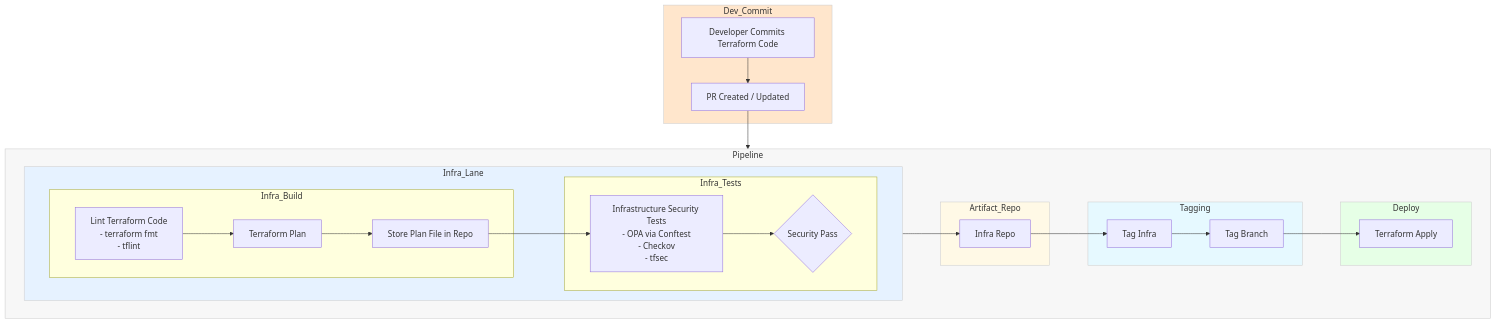
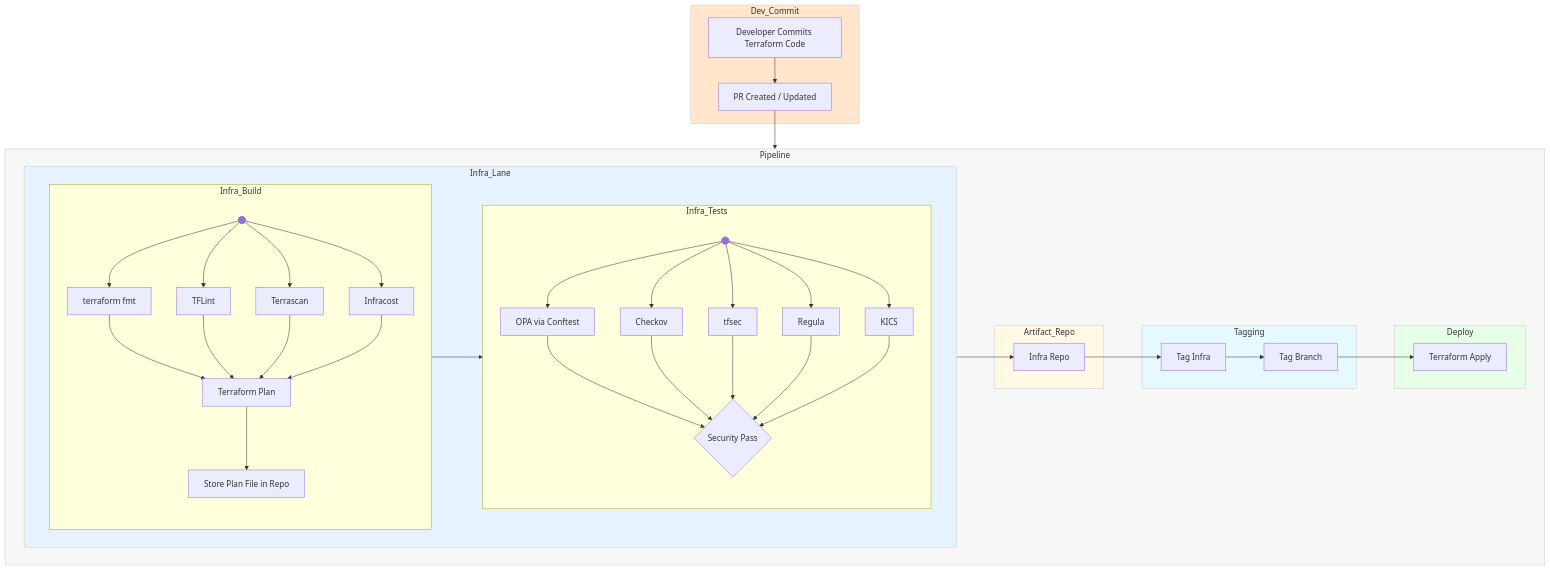
The diagram in pipelines/monorepo/infra/terraform.md (mindmorass/designs), drawn with Mermaid before and after one commit. The commit also changed other lines of this file, not shown here.

Commit message:
completing diagram and toolsets

````diff
--- a/pipelines/monorepo/infra/terraform.md
+++ b/pipelines/monorepo/infra/terraform.md
@@ -22,15 +108,41 @@
   subgraph Infra_Lane
     direction LR
     
-    %% Infra Build & Tests
+    %% Infra Build & Tests with Parallel Lint Tools
     subgraph Infra_Build
-      IB1[Lint Terraform Code<br>- terraform fmt<br>- tflint] --> IB2[Terraform Plan<br>]
+      direction TB
+      LBJ@{ shape: f-circ, label: "Lint Junction" }
+      
+      LBJ --> LTF[terraform fmt]
+      LBJ --> LTL[TFLint]
+      LBJ --> TRS[Terrascan]
+      LBJ --> INC[Infracost]
+      
+      LTF --> IB2[Terraform Plan]
+      LTL --> IB2
+      TRS --> IB2
+      INC --> IB2
+      
       IB2 --> SR[Store Plan File in Repo]
     end
     
+    %% Infra Security Tests with Parallel Security Tools
     subgraph Infra_Tests
-      SR --> IT2[Infrastructure Security Tests<br>- OPA via Conftest<br>- Checkov<br>- tfsec]
-      IT2 --> ISP{Security Pass}
+      direction TB
+      SBJ@{ shape: f-circ, label: "Security Junction" }
+      
+      SR --> SBJ
+      SBJ --> OPA[OPA via Conftest]
+      SBJ --> CHK[Checkov]
+      SBJ --> TFS[tfsec]
+      SBJ --> RGL[Regula]
+      SBJ --> KICS[KICS]
+      
+      OPA --> ISP{Security Pass}
+      CHK --> ISP
+      TFS --> ISP
+      RGL --> ISP
+      KICS --> ISP
     end
   end
   
@@ -69,4 +181,19 @@
 style Tagging fill:#e6f9ff,stroke:#cccccc,stroke-width:1px
 style Deploy fill:#e6ffe6,stroke:#cccccc,stroke-width:1px
 
+%% ====================
+%% Click Links
+%% ====================
+click LTF "https://developer.hashicorp.com/terraform/cli/commands/fmt" "Terraform fmt Documentation"
+click LTL "https://github.com/terraform-linters/tflint" "TFLint Documentation"
+click TRS "https://github.com/tenable/terrascan" "Terrascan Documentation"
+click INC "https://github.com/infracost/infracost" "Infracost Documentation"
+
+click OPA "https://www.openpolicyagent.org" "OPA Documentation"
+click CHK "https://www.checkov.io" "Checkov Documentation"
+click TFS "https://aquasecurity.github.io/tfsec/" "tfsec Documentation"
+click RGL "https://github.com/fugue/regula" "Regula Documentation"
+click KICS "https://github.com/Checkmarx/kics" "KICS Documentation"
+
+
 ```
````
